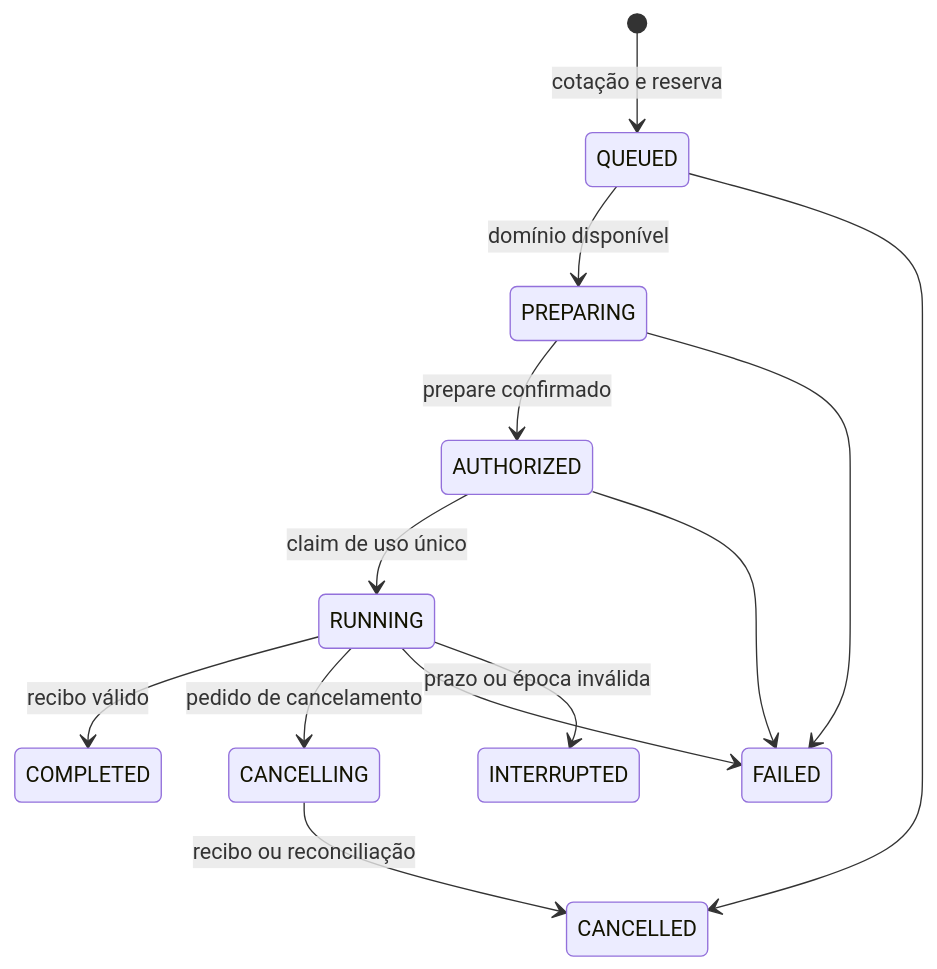
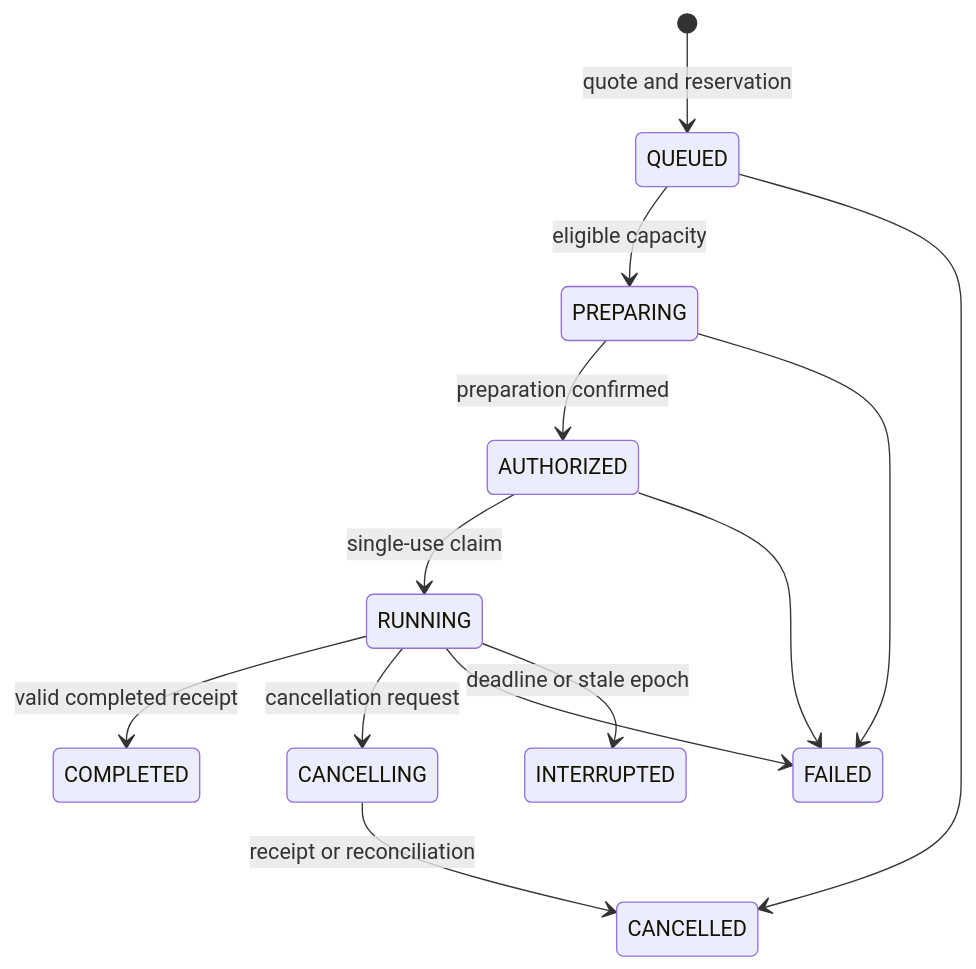
One commit to Dev-Encrypted/Network_AI changed the diagram in docs/implementation/API.md. Above: the diagram before and after it, drawn with Mermaid. The commit also changed other lines of this file and 59 other files, not shown here.

````diff
--- a/docs/implementation/API.md
+++ b/docs/implementation/API.md
@@ -57,15 +95,15 @@
 ```mermaid
 stateDiagram-v2
-  [*] --> QUEUED: cotação e reserva
-  QUEUED --> PREPARING: domínio disponível
-  PREPARING --> AUTHORIZED: prepare confirmado
-  AUTHORIZED --> RUNNING: claim de uso único
-  RUNNING --> COMPLETED: recibo válido
-  RUNNING --> CANCELLING: pedido de cancelamento
-  CANCELLING --> CANCELLED: recibo ou reconciliação
-  QUEUED --> CANCELLED
-  PREPARING --> FAILED
-  AUTHORIZED --> FAILED
-  RUNNING --> FAILED
-  RUNNING --> INTERRUPTED: prazo ou época inválida
+    [*] --> QUEUED: quote and reservation
+    QUEUED --> PREPARING: eligible capacity
+    PREPARING --> AUTHORIZED: preparation confirmed
+    AUTHORIZED --> RUNNING: single-use claim
+    RUNNING --> COMPLETED: valid completed receipt
+    RUNNING --> CANCELLING: cancellation request
+    CANCELLING --> CANCELLED: receipt or reconciliation
+    QUEUED --> CANCELLED
+    PREPARING --> FAILED
+    AUTHORIZED --> FAILED
+    RUNNING --> FAILED
+    RUNNING --> INTERRUPTED: deadline or stale epoch
 ```
````
